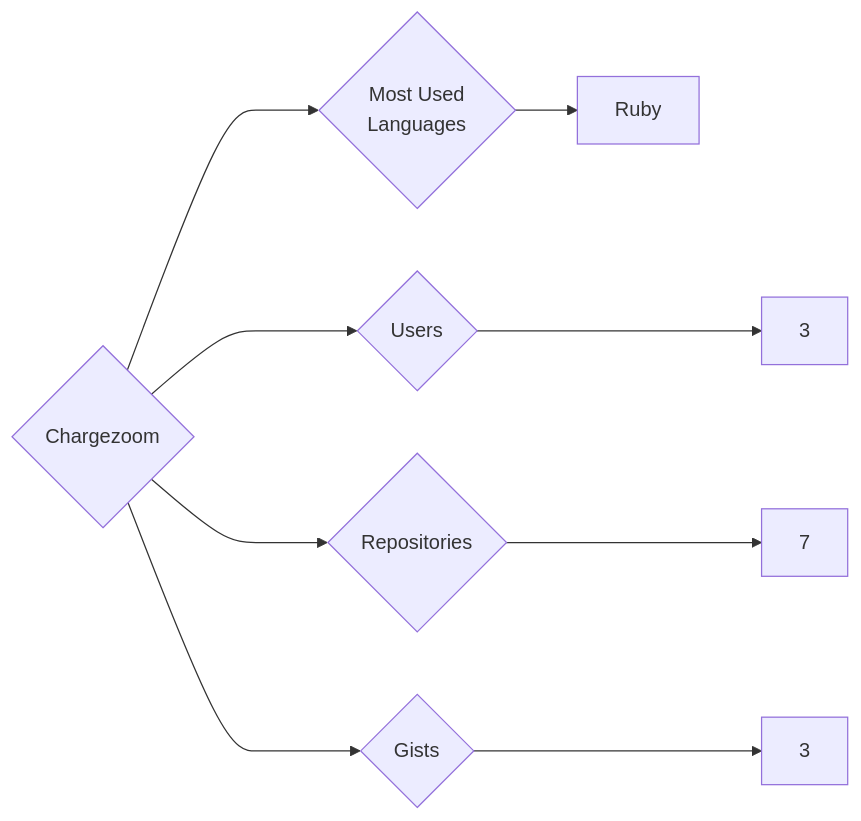
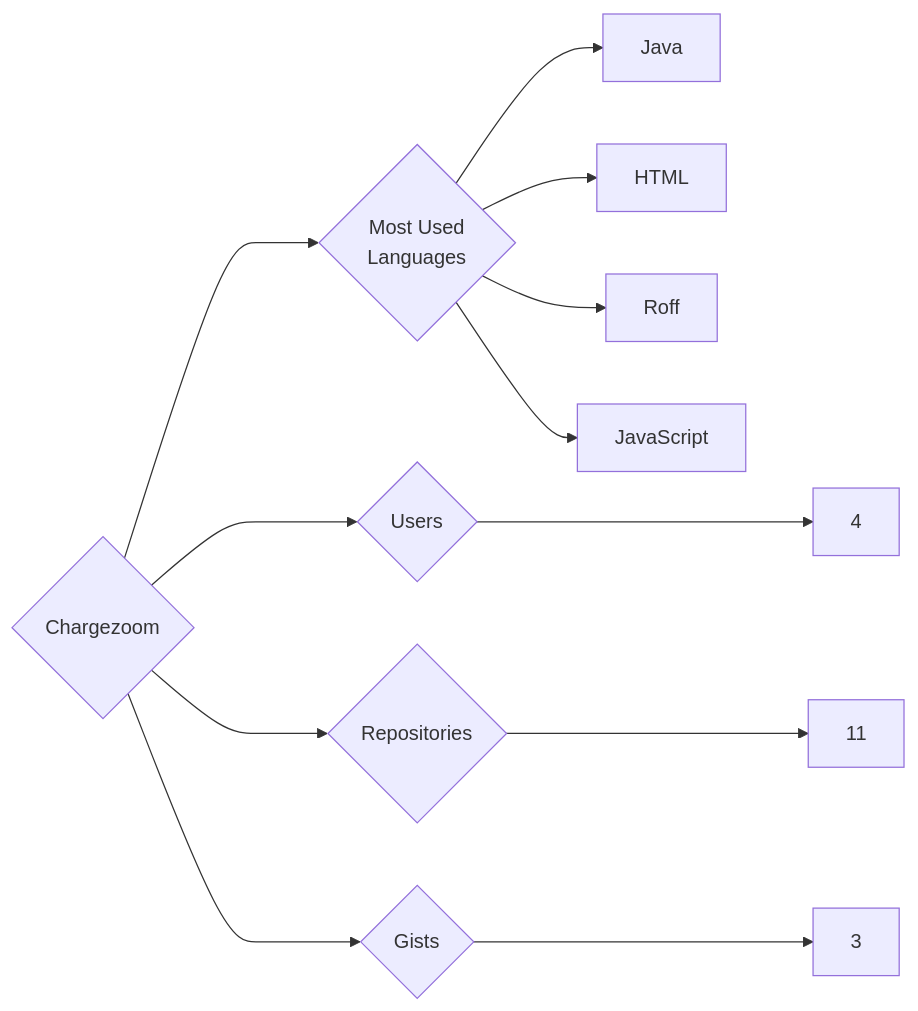
Before and after one commit to trickest/insiders: the diagram in targets/Chargezoom/README.md, drawn with Mermaid. The commit also changed 1167 other files, not shown here.

````diff
--- a/targets/Chargezoom/README.md
+++ b/targets/Chargezoom/README.md
@@ -3,9 +3,12 @@
 ```mermaid
 graph LR
 COMPANY_NAME{Chargezoom}
-COMPANY_NAME ---> U{Users} ---> UN[3]
-COMPANY_NAME ---> R{Repositories} ---> RN[7]
+COMPANY_NAME ---> U{Users} ---> UN[4]
+COMPANY_NAME ---> R{Repositories} ---> RN[11]
 COMPANY_NAME ---> G{Gists} ---> GN[3]
 COMPANY_NAME ---> ML{Most Used<br>Languages}
-ML --> Ruby[Ruby]
+ML --> Java[Java]
+ML --> HTML[HTML]
+ML --> Roff[Roff]
+ML --> JavaScript[JavaScript]
 ```
````
